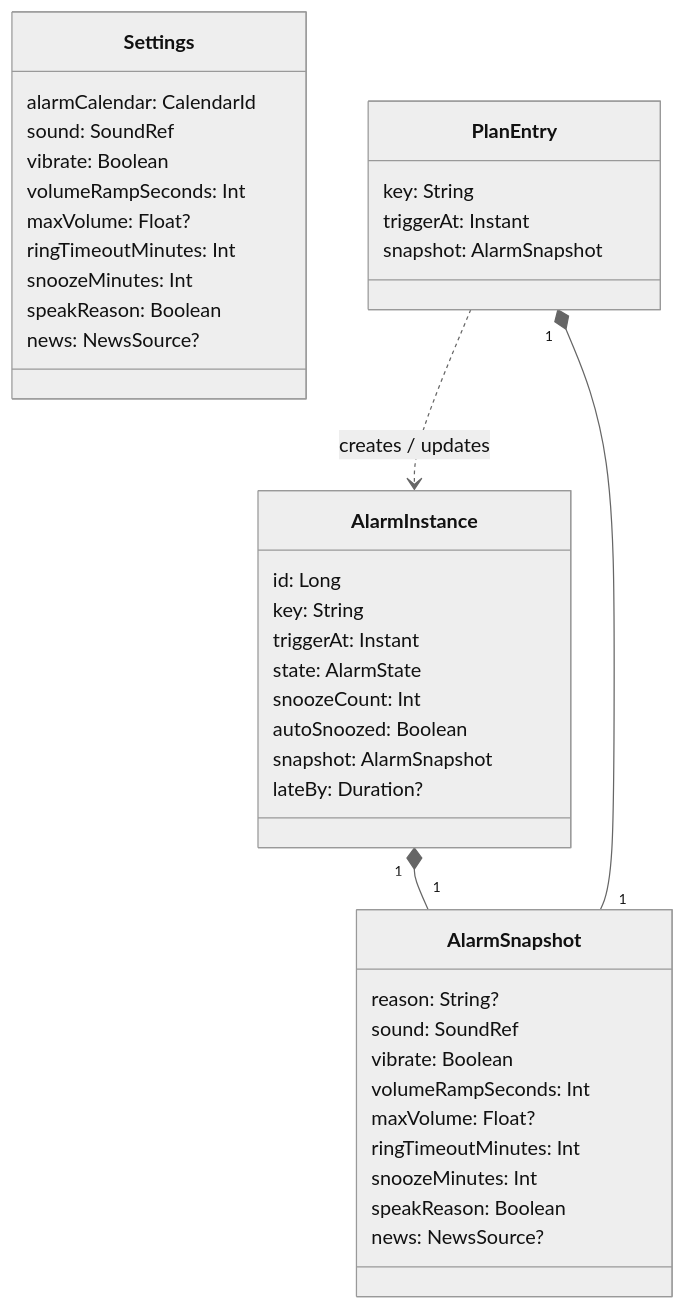
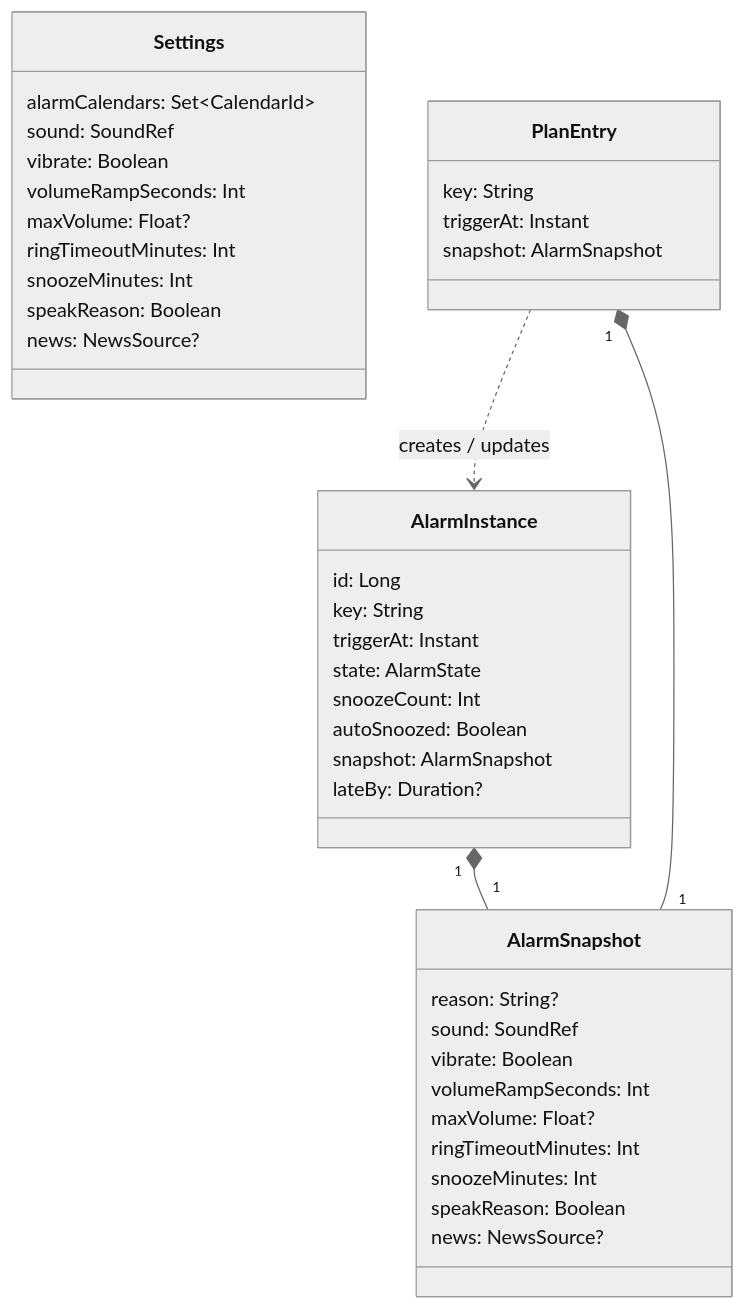
The sixth of 6 diagrams in docs/architecture.md (drehtuer/NextAlarmApp), drawn with Mermaid (neutral theme) before and after one commit. The commit also changed other lines of this file and 39 other files, not shown here.

First line of the commit message:
Use several alarm calendars instead of one

````diff
--- a/docs/architecture.md
+++ b/docs/architecture.md
@@ -532,43 +542,43 @@
 ```mermaid
 classDiagram
     class Settings {
-        alarmCalendar: CalendarId
+        alarmCalendars: Set~CalendarId~
         sound: SoundRef
         vibrate: Boolean
         volumeRampSeconds: Int
         maxVolume: Float?
         ringTimeoutMinutes: Int
         snoozeMinutes: Int
         speakReason: Boolean
         news: NewsSource?
     }
     class PlanEntry {
         key: String
         triggerAt: Instant
         snapshot: AlarmSnapshot
     }
     class AlarmInstance {
         id: Long
         key: String
         triggerAt: Instant
         state: AlarmState
         snoozeCount: Int
         autoSnoozed: Boolean
         snapshot: AlarmSnapshot
         lateBy: Duration?
     }
     class AlarmSnapshot {
         reason: String?
         sound: SoundRef
         vibrate: Boolean
         volumeRampSeconds: Int
         maxVolume: Float?
         ringTimeoutMinutes: Int
         snoozeMinutes: Int
         speakReason: Boolean
         news: NewsSource?
     }
     AlarmInstance "1" *-- "1" AlarmSnapshot
     PlanEntry "1" *-- "1" AlarmSnapshot
     PlanEntry ..> AlarmInstance : creates / updates
 ```
````
